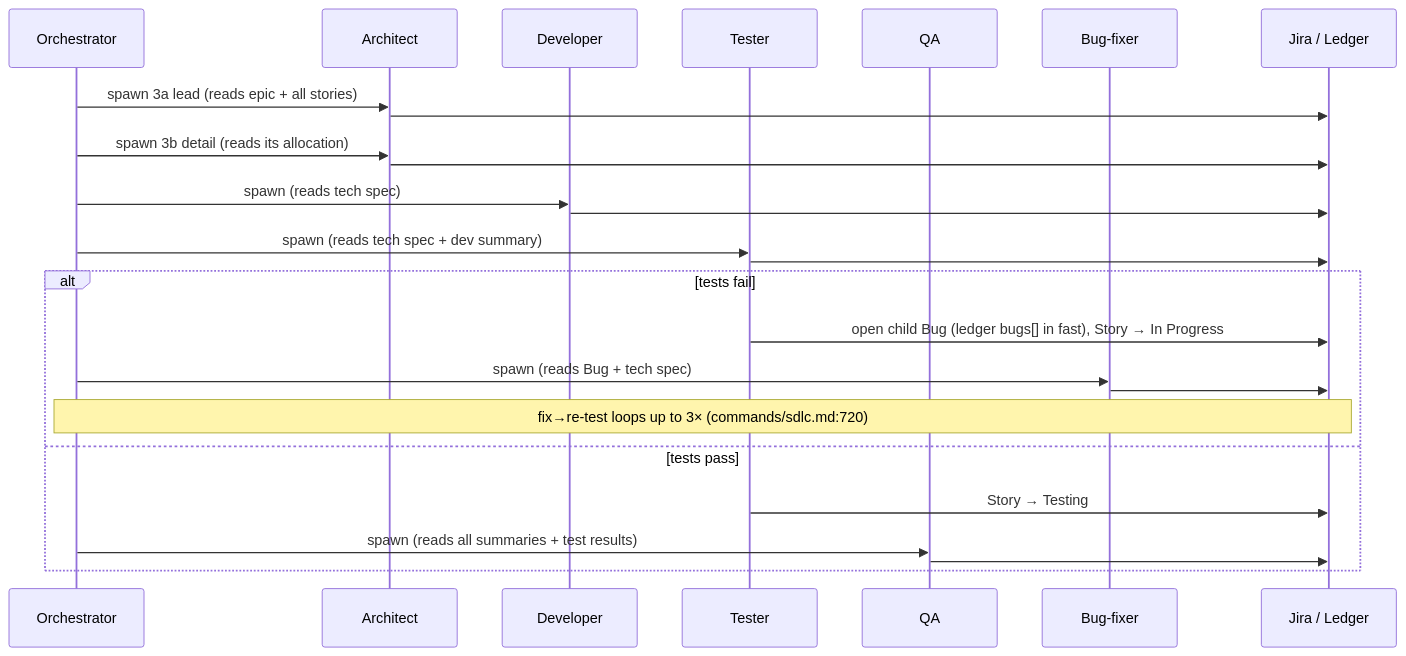
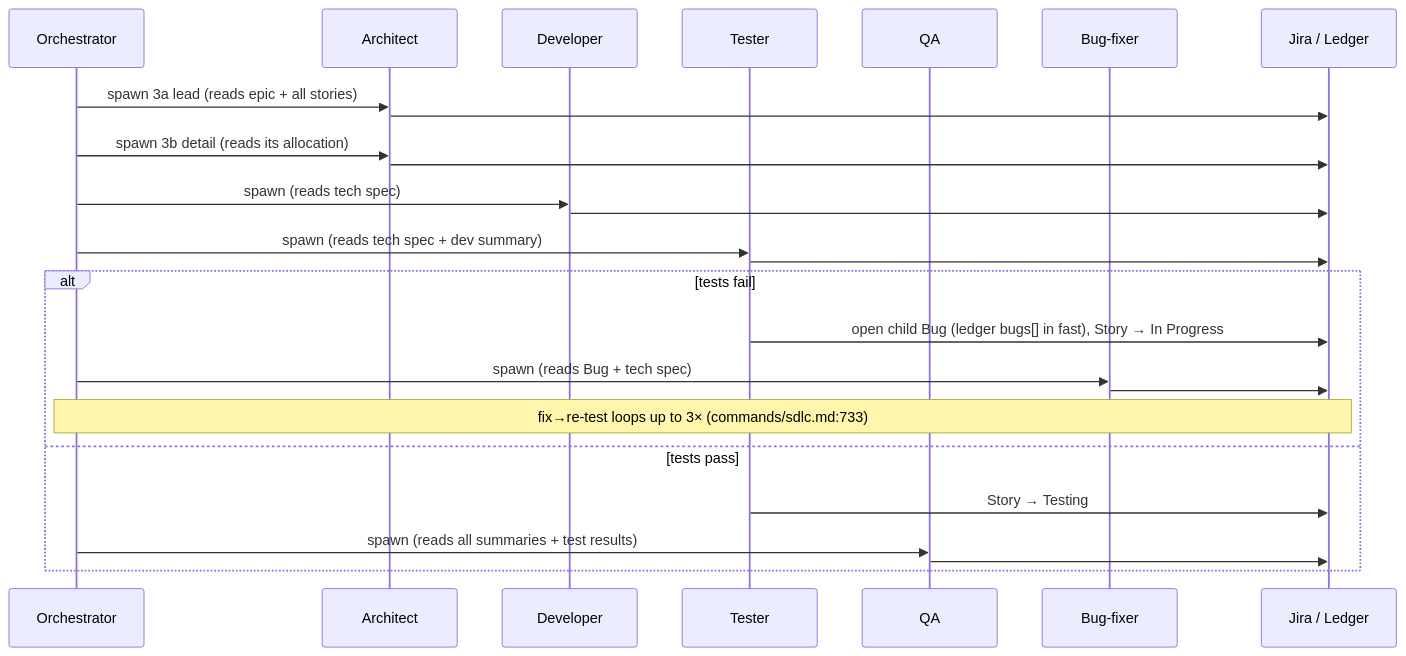
Before and after one commit to final-il/maor-skills-marketplace: the fifth of 6 diagrams in plugins/ai-sdlc/docs/ai-sdlc-explained.md, drawn with Mermaid. The commit also changed other lines of this file and 5 other files, not shown here.

````diff
--- a/plugins/ai-sdlc/docs/ai-sdlc-explained.md
+++ b/plugins/ai-sdlc/docs/ai-sdlc-explained.md
@@ -404,29 +423,29 @@
 ```mermaid
 sequenceDiagram
   participant O as Orchestrator
   participant A as Architect
   participant D as Developer
   participant T as Tester
   participant Q as QA
   participant B as Bug-fixer
   participant J as Jira / Ledger
 
   O->>A: spawn 3a lead (reads epic + all stories)
   A->>J: ## Ownership Registry + CUJs (epic)
   O->>A: spawn 3b detail (reads its allocation)
   A->>J: ## Technical Specification → Selected for Development
   O->>D: spawn (reads tech spec)
   D->>J: ## Implementation Complete + PR → In Review
   O->>T: spawn (reads tech spec + dev summary)
   T->>J: ## Test Results
   alt tests fail
     T->>J: open child Bug (ledger bugs[] in fast), Story → In Progress
     O->>B: spawn (reads Bug + tech spec)
     B->>J: ## Bug Fix Complete, Story → In Review
-    Note over O,J: fix→re-test loops up to 3× (commands/sdlc.md:720)
+    Note over O,J: fix→re-test loops up to 3× (commands/sdlc.md:733)
   else tests pass
     T->>J: Story → Testing
     O->>Q: spawn (reads all summaries + test results)
     Q->>J: ## QA Review → Done
   end
 ```
````
